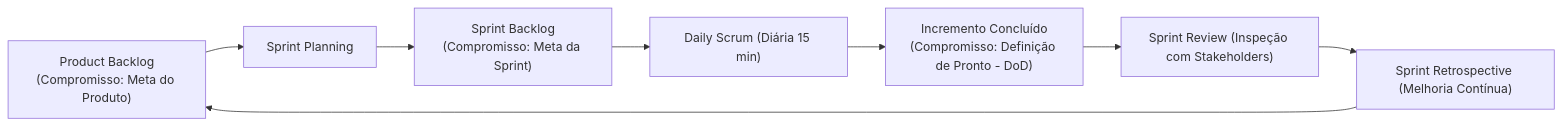
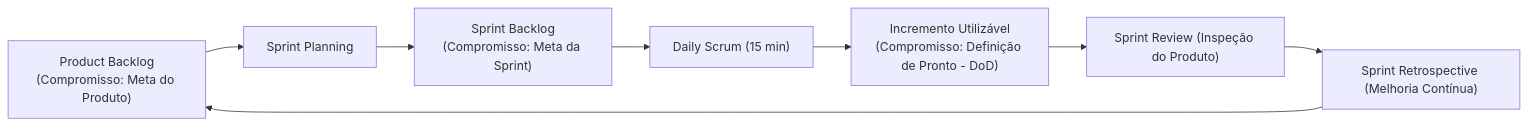
Before and after one commit to thiagosantos346/TCE-GO-2027: the second of 2 diagrams in fontes_de_estudo/conhecimentos_especificos_b02_ti/04_engenharia_de_software/01_ciclo_de_vida_e_metodologias_ageis.md, drawn with Mermaid. The commit also changed other lines of this file and 119 other files, not shown here.

````diff
--- a/fontes_de_estudo/conhecimentos_especificos_b02_ti/04_engenharia_de_software/01_ciclo_de_vida_e_metodologias_ageis.md
+++ b/fontes_de_estudo/conhecimentos_especificos_b02_ti/04_engenharia_de_software/01_ciclo_de_vida_e_metodologias_ageis.md
@@ -109,10 +150,10 @@
 ```mermaid
 graph LR
     PB["Product Backlog<br/>(Compromisso: Meta do Produto)"] --> SP["Sprint Planning"]
     SP --> SB["Sprint Backlog<br/>(Compromisso: Meta da Sprint)"]
-    SB --> DS["Daily Scrum (Diária 15 min)"]
-    DS --> INC["Incremento Concluído<br/>(Compromisso: Definição de Pronto - DoD)"]
-    INC --> SR["Sprint Review (Inspeção com Stakeholders)"]
+    SB --> DS["Daily Scrum (15 min)"]
+    DS --> INC["Incremento Utilizável<br/>(Compromisso: Definição de Pronto - DoD)"]
+    INC --> SR["Sprint Review (Inspeção do Produto)"]
     SR --> RET["Sprint Retrospective (Melhoria Contínua)"]
     RET --> PB
 ```
````
